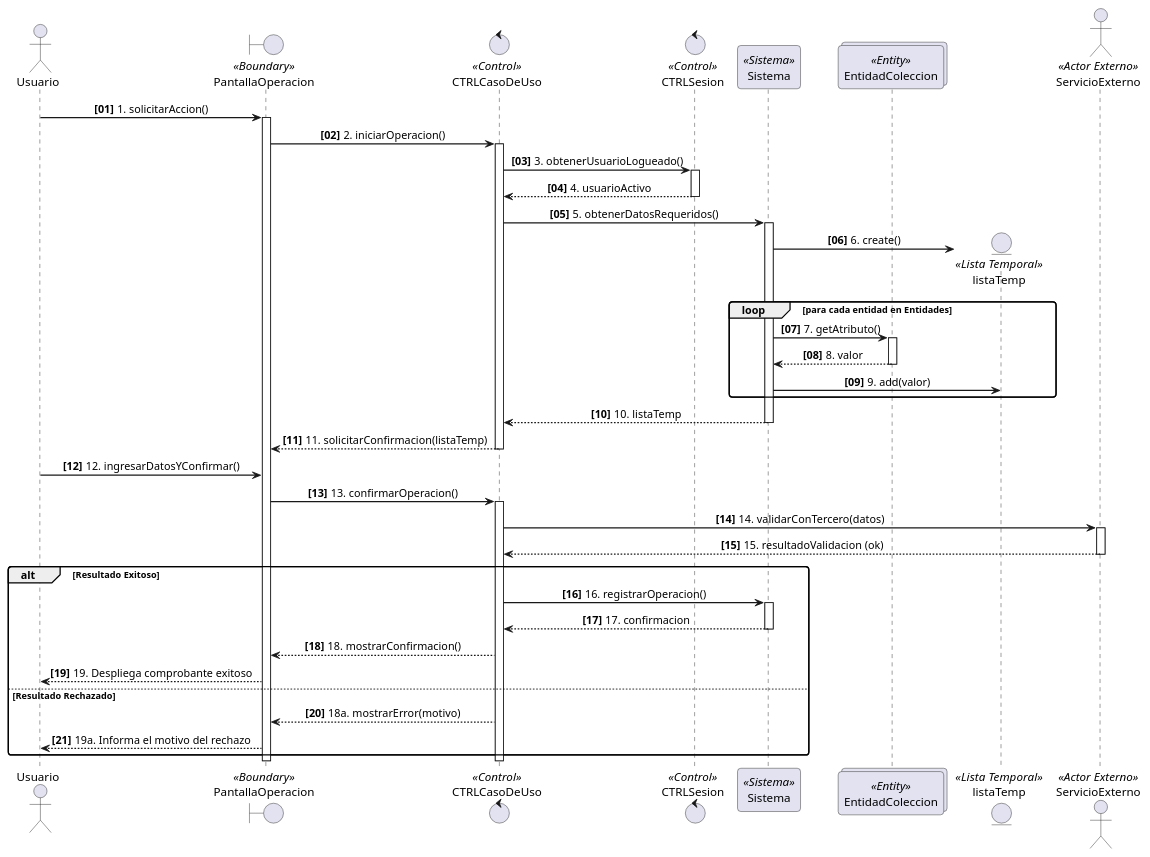
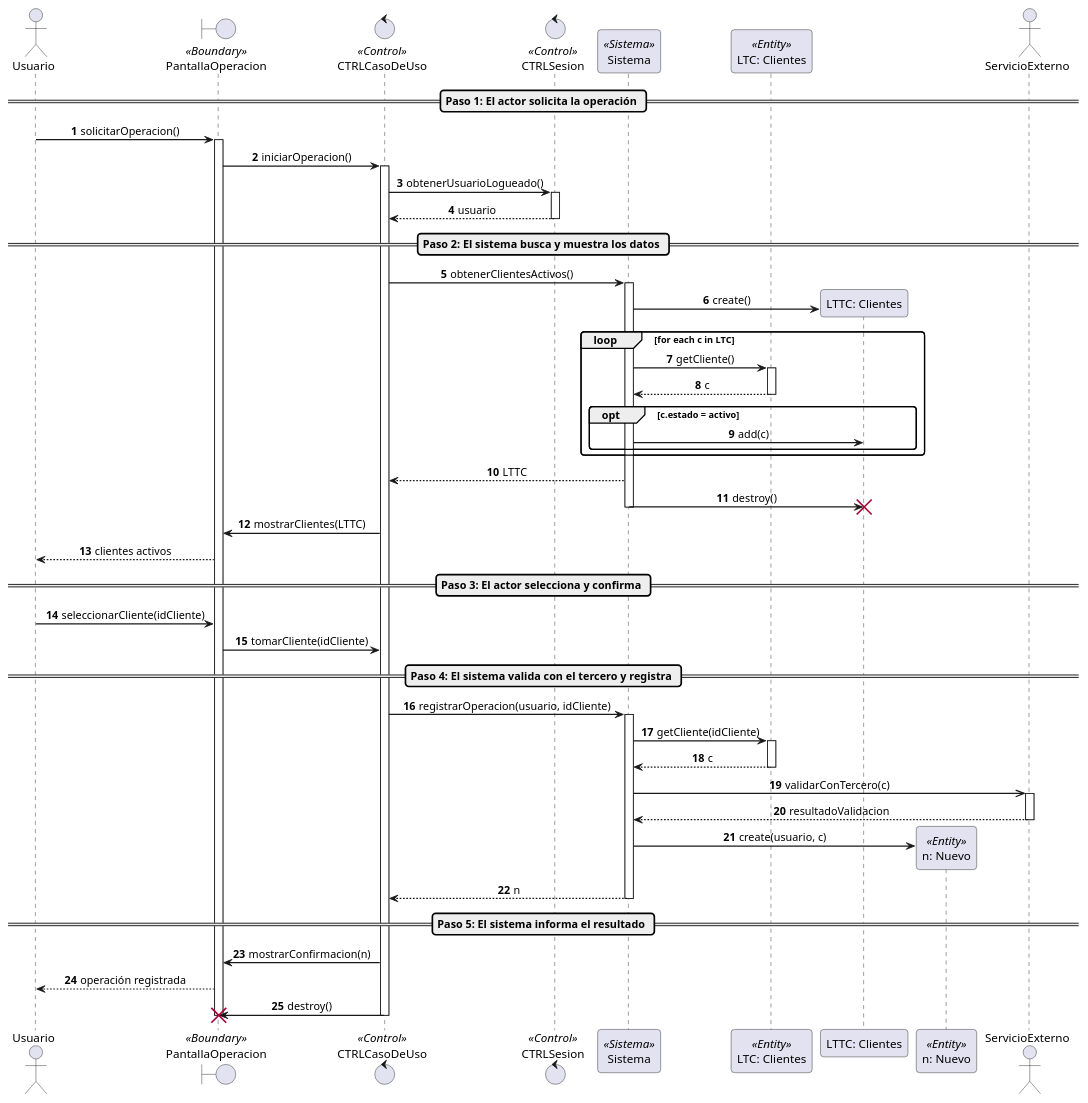
Before and after one commit to sandobaitt/dsi-2026: the diagram in secuencia/plantillas/plantilla_secuencia.puml, drawn with PlantUML. The commit also changed 34 other files, not shown here.

Commit message:
refactor: update sequence and class templates, guidelines, and add verification script

```diff
--- a/secuencia/plantillas/plantilla_secuencia.puml
+++ b/secuencia/plantillas/plantilla_secuencia.puml
@@ -1,96 +1,103 @@
 @startuml plantilla_secuencia
 !pragma layout smetana
-autonumber "<b>[00]</b>"
+autonumber
 skinparam shadowing false
 skinparam roundcorner 8
 skinparam sequenceArrowThickness 1.5
 skinparam sequenceMessageAlign center
 skinparam responseMessageBelowArrow true
 
 ' ==============================================================================
 ' PLANTILLA: Diagrama de Secuencia (Cátedra DSI 2026)
+' Reglas completas: .agents/skills/dsi-secuencia/SKILL.md
+' - Solo camino estándar de la descripción del CU
 ' - Orden: Actor -> UI -> CTRLCU -> CTRLSesion -> Sistema -> Dominio -> Actor Externo
-' - Servicios externos tratados directamente como ACTORES EXTERNOS
-' - CTRLSesion preexistente para credenciales (sin pedir datos conocidos al actor)
-' - Creación de listas temporales exclusiva por Sistema, sin destroy, sin return
+' - Recorridos LT + inicial (LTC: Clientes), listas temporales LTT + inicial (LTTC)
+' - Sistema hace los loops, crea/llena/destruye las listas temporales
+' - Actor externo invocado por Sistema con mensaje asíncrono (->>)
+' - CTRLCU destruye la UI al final
+' - Verificar con: ./verificar.py <carpeta>
 ' ==============================================================================
 
-' ------------------------------------------------------------------------------
-' 1. PARTICIPANTES Y ROLES
-' ------------------------------------------------------------------------------
 actor "Usuario" as Actor
 boundary "PantallaOperacion" as UI <<Boundary>>
 control "CTRLCasoDeUso" as CTRLCU <<Control>>
 control "CTRLSesion" as CTRLSesion <<Control>>
 participant "Sistema" as Sistema <<Sistema>>
-collections "EntidadColeccion" as Entidades <<Entity>>
-entity "listaTemp" as TempList <<Lista Temporal>>
-actor "ServicioExterno" as ActorExt <<Actor Externo>>
+participant "LTC: Clientes" as LTC <<Entity>>
+participant "LTTC: Clientes" as LTTC
+participant "n: Nuevo" as Nuevo <<Entity>>
+actor "ServicioExterno" as ActorExt
 
-' ------------------------------------------------------------------------------
-' 2. MENSAJES Y FLUJO DE EVENTOS
-' ------------------------------------------------------------------------------
-Actor -> UI: 1. solicitarAccion()
+== Paso 1: El actor solicita la operación ==
+Actor -> UI: solicitarOperacion()
 activate UI
-
-UI -> CTRLCU: 2. iniciarOperacion()
+UI -> CTRLCU: iniciarOperacion()
 activate CTRLCU
 
-' Consulta de sesión (preexistente)
-CTRLCU -> CTRLSesion: 3. obtenerUsuarioLogueado()
+' Solo si el CU necesita al usuario logueado
+CTRLCU -> CTRLSesion: obtenerUsuarioLogueado()
 activate CTRLSesion
-CTRLSesion --> CTRLCU: 4. usuarioActivo
+CTRLSesion --> CTRLCU: usuario
 deactivate CTRLSesion
 
-' Mensaje a Sistema: usa verbos de negocio como obtener...()
-CTRLCU -> Sistema: 5. obtenerDatosRequeridos()
+== Paso 2: El sistema busca y muestra los datos ==
+CTRLCU -> Sistema: obtenerClientesActivos()
 activate Sistema
 
-' Creación de lista temporal por Sistema
-create TempList
-Sistema -> TempList: 6. create()
+create LTTC
+Sistema -> LTTC: create()
 
-loop para cada entidad en Entidades
-    ' Mensaje a Entidad: usa getters get...()
-    Sistema -> Entidades: 7. getAtributo()
-    activate Entidades
-    Entidades --> Sistema: 8. valor
-    deactivate Entidades
+loop for each c in LTC
+    Sistema -> LTC: getCliente()
+    activate LTC
+    LTC --> Sistema: c
+    deactivate LTC
 
-    Sistema -> TempList: 9. add(valor)
+    opt c.estado = activo
+        Sistema -> LTTC: add(c)
+    end
 end
 
-' Retorno hacia el controlador (sin palabra return, sin retorno desde lista)
-Sistema --> CTRLCU: 10. listaTemp
+Sistema --> CTRLCU: LTTC
+Sistema -> LTTC: destroy()
+destroy LTTC
 deactivate Sistema
 
-CTRLCU --> UI: 11. solicitarConfirmacion(listaTemp)
+CTRLCU -> UI: mostrarClientes(LTTC)
+UI --> Actor: clientes activos
+
+== Paso 3: El actor selecciona y confirma ==
+Actor -> UI: seleccionarCliente(idCliente)
+UI -> CTRLCU: tomarCliente(idCliente)
+
+== Paso 4: El sistema valida con el tercero y registra ==
+CTRLCU -> Sistema: registrarOperacion(usuario, idCliente)
+activate Sistema
+
+' Búsqueda indexada (un objeto puntual)
+Sistema -> LTC: getCliente(idCliente)
+activate LTC
+LTC --> Sistema: c
+deactivate LTC
+
+Sistema ->> ActorExt: validarConTercero(c)
+activate ActorExt
+ActorExt --> Sistema: resultadoValidacion
+deactivate ActorExt
+
+create Nuevo
+Sistema -> Nuevo: create(usuario, c)
+
+Sistema --> CTRLCU: n
+deactivate Sistema
+
+== Paso 5: El sistema informa el resultado ==
+CTRLCU -> UI: mostrarConfirmacion(n)
+UI --> Actor: operación registrada
+
+CTRLCU -> UI: destroy()
+destroy UI
 deactivate CTRLCU
 
-Actor -> UI: 12. ingresarDatosYConfirmar()
-UI -> CTRLCU: 13. confirmarOperacion()
-activate CTRLCU
-
-' Regla de Cátedra: Comunicación con servicio externo hacia ACTOR EXTERNO
-CTRLCU -> ActorExt: 14. validarConTercero(datos)
-activate ActorExt
-ActorExt --> CTRLCU: 15. resultadoValidacion (ok)
-deactivate ActorExt
-
-alt Resultado Exitoso
-    CTRLCU -> Sistema: 16. registrarOperacion()
-    activate Sistema
-    Sistema --> CTRLCU: 17. confirmacion
-    deactivate Sistema
-
-    CTRLCU --> UI: 18. mostrarConfirmacion()
-    UI --> Actor: 19. Despliega comprobante exitoso
-else Resultado Rechazado
-    CTRLCU --> UI: 18a. mostrarError(motivo)
-    UI --> Actor: 19a. Informa el motivo del rechazo
-end
-
-deactivate CTRLCU
-deactivate UI
-
 @enduml
```
